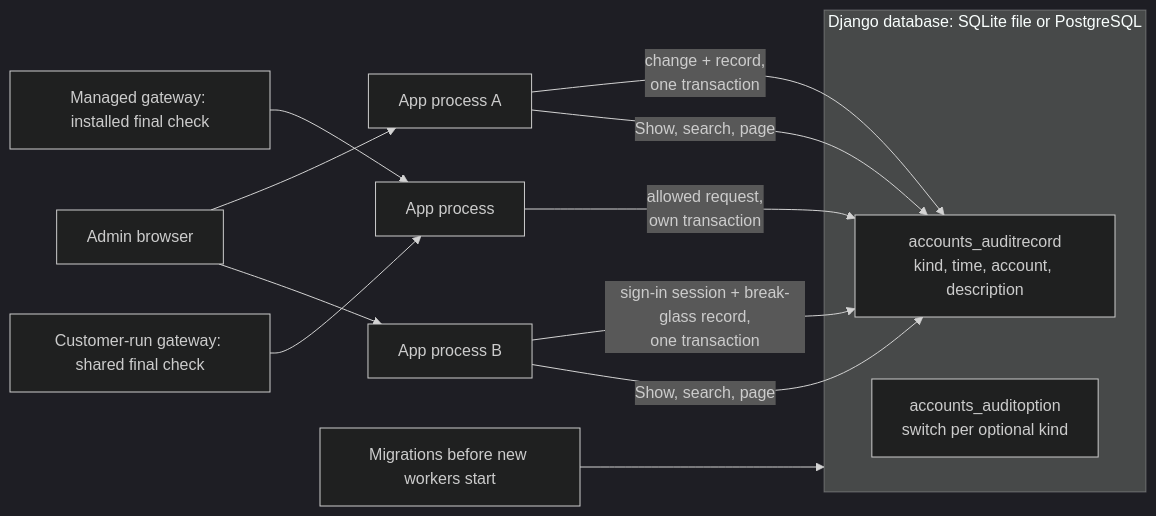
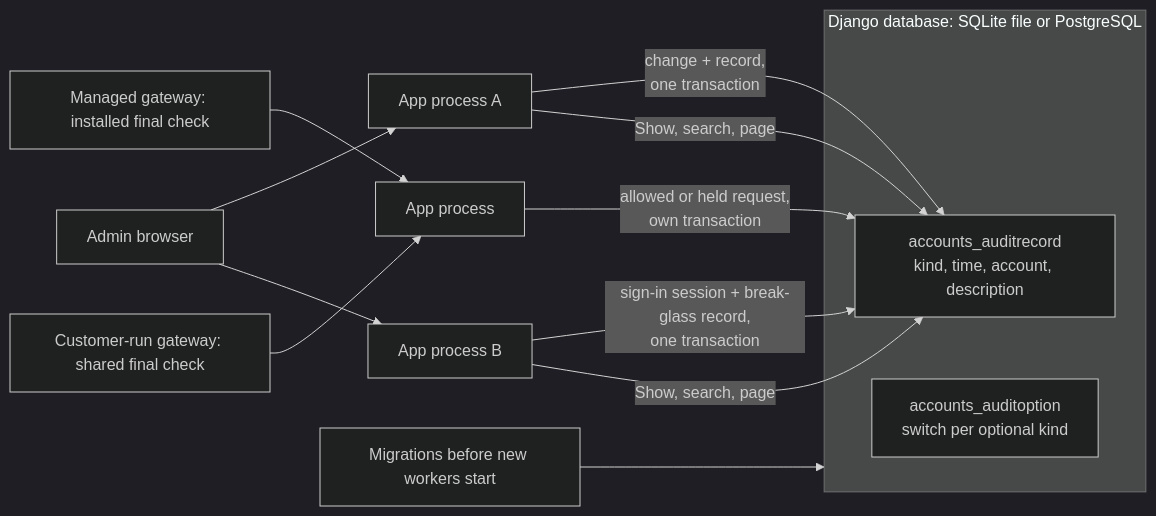
The diagram in docs/architecture/audit-storage.md (OsamaFelFel/keeplane), drawn with Mermaid (dark theme) before and after one commit. The commit also changed other lines of this file and 18 other files, not shown here.

````diff
--- a/docs/architecture/audit-storage.md
+++ b/docs/architecture/audit-storage.md
@@ -9,17 +9,17 @@
 ```mermaid
 flowchart LR
   Admin[Admin browser] --> A[App process A]
   Admin --> B[App process B]
   A -- "change + record,<br/>one transaction" --> Records
   B -- "sign-in session + break-glass record,<br/>one transaction" --> Records
   Gateway[Managed gateway: installed final check] --> C[App process]
   Customer[Customer-run gateway: shared final check] --> C
-  C -- "allowed request,<br/>own transaction" --> Records
+  C -- "allowed or held request,<br/>own transaction" --> Records
   A -- "Show, search, page" --> Records
   B -- "Show, search, page" --> Records
   subgraph DB["Django database: SQLite file or PostgreSQL"]
     Options[accounts_auditoption<br/>switch per optional kind]
     Records[accounts_auditrecord<br/>kind, time, account, description]
   end
   Migrate[Migrations before new workers start] --> DB
 ```
````
